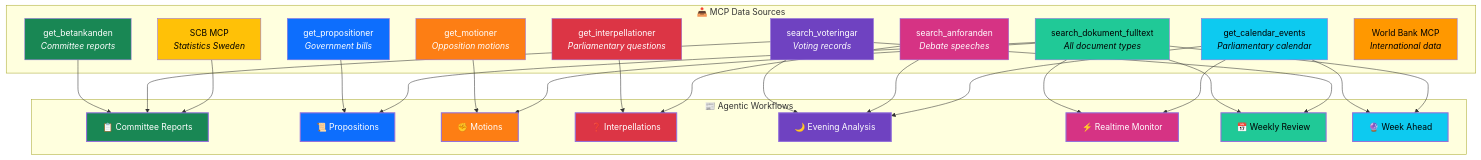
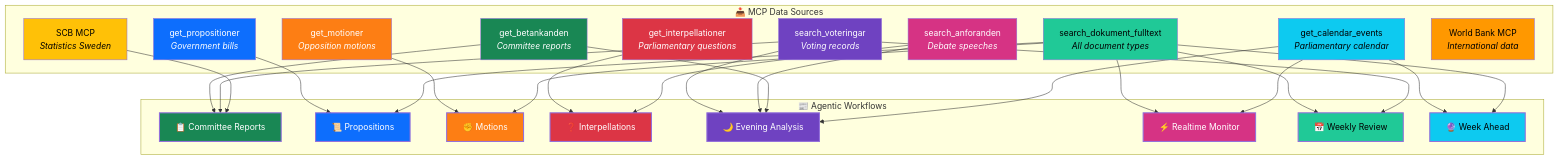
One commit to Hack23/riksdagsmonitor changed diagram 11 of 13 in WORKFLOWS.md. Above: the diagram before and after it, drawn with Mermaid. The commit also changed 1 other file, not shown here.

Commit message:
Fix review round 3: add missing BET-->WF_EV edge in MCP diagram, update 3 remaining v1 prompt refs to v2 in isms-style-guide-adaptation.md
Agent-Logs-Url: https://github.com/Hack23/riksdagsmonitor/sessions/760765b7-fdf5-4daf-afc7-bfce57a88d5a

````diff
--- a/WORKFLOWS.md
+++ b/WORKFLOWS.md
@@ -761,64 +761,65 @@
 ```mermaid
 graph TB
     subgraph "📥 MCP Data Sources"
         BET["get_betankanden<br/><i>Committee reports</i>"]
         PROP["get_propositioner<br/><i>Government bills</i>"]
         MOT["get_motioner<br/><i>Opposition motions</i>"]
         INTERP["get_interpellationer<br/><i>Parliamentary questions</i>"]
         VOTE["search_voteringar<br/><i>Voting records</i>"]
         ANF["search_anforanden<br/><i>Debate speeches</i>"]
         DOK["search_dokument_fulltext<br/><i>All document types</i>"]
         CAL["get_calendar_events<br/><i>Parliamentary calendar</i>"]
         SCB["SCB MCP<br/><i>Statistics Sweden</i>"]
         WB["World Bank MCP<br/><i>International data</i>"]
     end
 
     subgraph "📰 Agentic Workflows"
         WF_CR["📋 Committee Reports"]
         WF_PR["📜 Propositions"]
         WF_MO["✊ Motions"]
         WF_IP["❓ Interpellations"]
         WF_EV["🌙 Evening Analysis"]
         WF_RT["⚡ Realtime Monitor"]
         WF_WR["📅 Weekly Review"]
         WF_WA["🔮 Week Ahead"]
     end
 
     BET --> WF_CR
     VOTE --> WF_CR
     SCB --> WF_CR
     PROP --> WF_PR
     DOK --> WF_PR
     MOT --> WF_MO
     DOK --> WF_MO
     INTERP --> WF_IP
     ANF --> WF_IP
     VOTE --> WF_EV
     ANF --> WF_EV
+    BET --> WF_EV
     CAL --> WF_EV
     DOK --> WF_RT
     CAL --> WF_RT
     DOK --> WF_WR
     VOTE --> WF_WR
     CAL --> WF_WA
     DOK --> WF_WA
 
     style BET fill:#198754,color:#fff
     style PROP fill:#0d6efd,color:#fff
     style MOT fill:#fd7e14,color:#fff
     style INTERP fill:#dc3545,color:#fff
     style VOTE fill:#6f42c1,color:#fff
     style ANF fill:#d63384,color:#fff
     style DOK fill:#20c997,color:#000
     style CAL fill:#0dcaf0,color:#000
     style SCB fill:#ffc107,color:#000
     style WB fill:#ff9800,color:#000
     style WF_CR fill:#198754,color:#fff,stroke-width:2px
     style WF_PR fill:#0d6efd,color:#fff,stroke-width:2px
     style WF_MO fill:#fd7e14,color:#fff,stroke-width:2px
     style WF_IP fill:#dc3545,color:#fff,stroke-width:2px
     style WF_EV fill:#6f42c1,color:#fff,stroke-width:2px
     style WF_RT fill:#d63384,color:#fff,stroke-width:2px
     style WF_WR fill:#20c997,color:#000,stroke-width:2px
     style WF_WA fill:#0dcaf0,color:#000,stroke-width:2px
 ```
````
